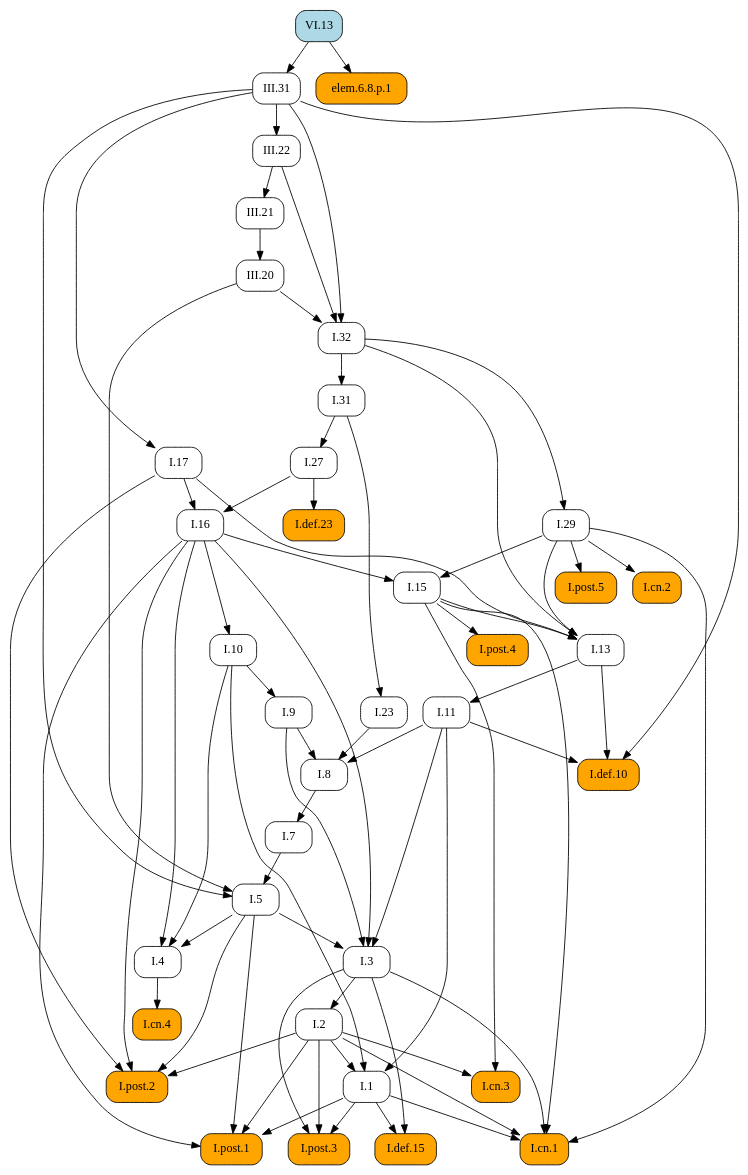
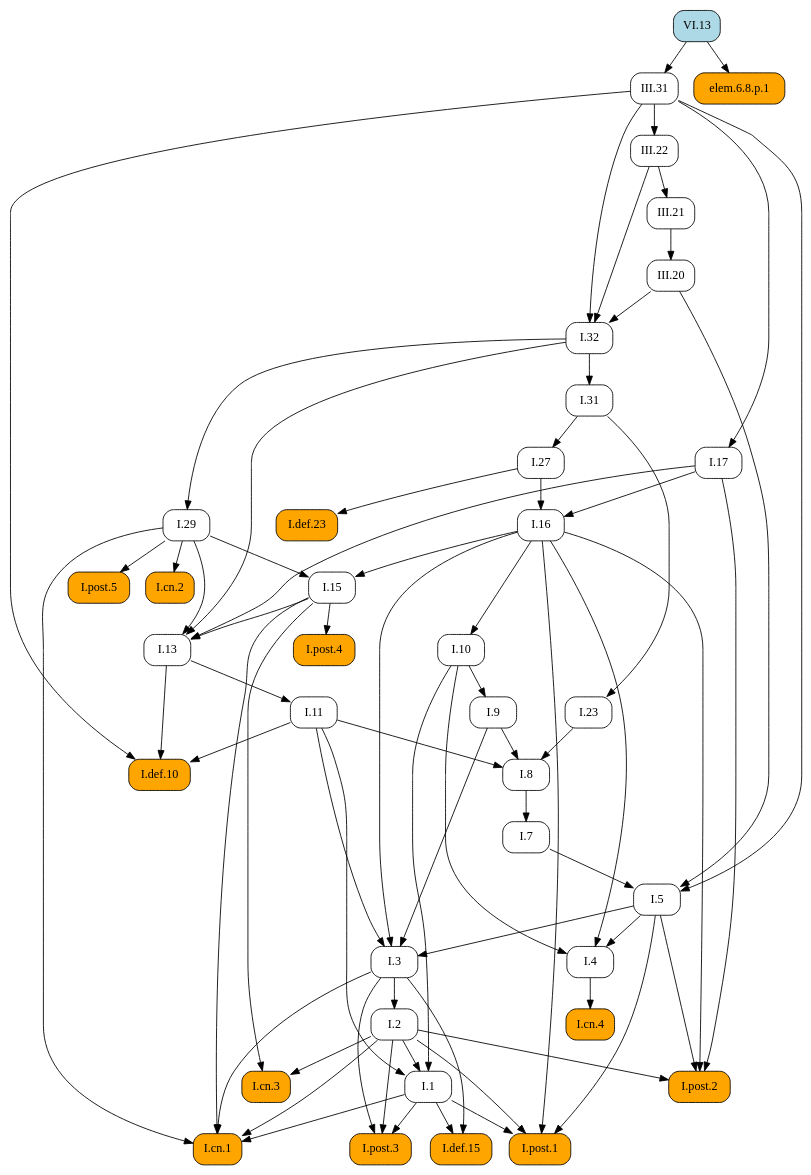
One commit to geometor/elements changed the diagram in docsrc/elements2/VI/13/index.rst. Above: the diagram before and after it, drawn with Graphviz. The commit also changed other lines of this file and 171 other files, not shown here.

```diff
--- a/docsrc/elements2/VI/13/index.rst
+++ b/docsrc/elements2/VI/13/index.rst
@@ -38,111 +38,111 @@
    digraph {
      rankdir="TB";
      node [shape=box, style=rounded];
+     "I.8" [URL="/elements2/I/8/", target="_top"];
+     "I.32" [URL="/elements2/I/32/", target="_top"];
+     "I.post.1" [style="rounded,filled", fillcolor=orange, URL="/elements2/I/post.1/", target="_top"];
+     "VI.13" [style="rounded,filled", fillcolor=lightblue, URL="/elements2/VI/13/", target="_top"];
+     "I.5" [URL="/elements2/I/5/", target="_top"];
+     "I.post.5" [style="rounded,filled", fillcolor=orange, URL="/elements2/I/post.5/", target="_top"];
      "I.def.10" [style="rounded,filled", fillcolor=orange, URL="/elements2/I/def.10/", target="_top"];
+     "I.cn.2" [style="rounded,filled", fillcolor=orange, URL="/elements2/I/cn.2/", target="_top"];
      "III.22" [URL="/elements2/III/22/", target="_top"];
-     "I.32" [URL="/elements2/I/32/", target="_top"];
+     "I.def.15" [style="rounded,filled", fillcolor=orange, URL="/elements2/I/def.15/", target="_top"];
      "III.31" [URL="/elements2/III/31/", target="_top"];
-     "I.def.15" [style="rounded,filled", fillcolor=orange, URL="/elements2/I/def.15/", target="_top"];
+     "I.31" [URL="/elements2/I/31/", target="_top"];
+     "I.11" [URL="/elements2/I/11/", target="_top"];
+     "I.post.2" [style="rounded,filled", fillcolor=orange, URL="/elements2/I/post.2/", target="_top"];
+     "I.3" [URL="/elements2/I/3/", target="_top"];
+     "I.def.23" [style="rounded,filled", fillcolor=orange, URL="/elements2/I/def.23/", target="_top"];
+     "elem.6.8.p.1" [style="rounded,filled", fillcolor=orange];
+     "I.1" [URL="/elements2/I/1/", target="_top"];
      "I.cn.4" [style="rounded,filled", fillcolor=orange, URL="/elements2/I/cn.4/", target="_top"];
+     "I.cn.3" [style="rounded,filled", fillcolor=orange, URL="/elements2/I/cn.3/", target="_top"];
+     "III.21" [URL="/elements2/III/21/", target="_top"];
+     "III.20" [URL="/elements2/III/20/", target="_top"];
+     "I.17" [URL="/elements2/I/17/", target="_top"];
+     "I.7" [URL="/elements2/I/7/", target="_top"];
+     "I.9" [URL="/elements2/I/9/", target="_top"];
+     "I.cn.1" [style="rounded,filled", fillcolor=orange, URL="/elements2/I/cn.1/", target="_top"];
+     "I.29" [URL="/elements2/I/29/", target="_top"];
+     "I.16" [URL="/elements2/I/16/", target="_top"];
+     "I.post.4" [style="rounded,filled", fillcolor=orange, URL="/elements2/I/post.4/", target="_top"];
+     "I.13" [URL="/elements2/I/13/", target="_top"];
+     "I.2" [URL="/elements2/I/2/", target="_top"];
+     "I.27" [URL="/elements2/I/27/", target="_top"];
+     "I.4" [URL="/elements2/I/4/", target="_top"];
+     "I.10" [URL="/elements2/I/10/", target="_top"];
+     "I.15" [URL="/elements2/I/15/", target="_top"];
+     "I.23" [URL="/elements2/I/23/", target="_top"];
      "I.post.3" [style="rounded,filled", fillcolor=orange, URL="/elements2/I/post.3/", target="_top"];
-     "VI.13" [style="rounded,filled", fillcolor=lightblue, URL="/elements2/VI/13/", target="_top"];
-     "I.27" [URL="/elements2/I/27/", target="_top"];
-     "I.post.2" [style="rounded,filled", fillcolor=orange, URL="/elements2/I/post.2/", target="_top"];
-     "I.13" [URL="/elements2/I/13/", target="_top"];
-     "I.10" [URL="/elements2/I/10/", target="_top"];
-     "I.post.1" [style="rounded,filled", fillcolor=orange, URL="/elements2/I/post.1/", target="_top"];
-     "I.7" [URL="/elements2/I/7/", target="_top"];
-     "I.11" [URL="/elements2/I/11/", target="_top"];
-     "I.4" [URL="/elements2/I/4/", target="_top"];
-     "I.16" [URL="/elements2/I/16/", target="_top"];
-     "I.def.23" [style="rounded,filled", fillcolor=orange, URL="/elements2/I/def.23/", target="_top"];
-     "I.9" [URL="/elements2/I/9/", target="_top"];
-     "I.2" [URL="/elements2/I/2/", target="_top"];
-     "I.cn.2" [style="rounded,filled", fillcolor=orange, URL="/elements2/I/cn.2/", target="_top"];
-     "I.15" [URL="/elements2/I/15/", target="_top"];
-     "I.post.5" [style="rounded,filled", fillcolor=orange, URL="/elements2/I/post.5/", target="_top"];
-     "III.21" [URL="/elements2/III/21/", target="_top"];
-     "I.23" [URL="/elements2/I/23/", target="_top"];
-     "III.20" [URL="/elements2/III/20/", target="_top"];
-     "I.8" [URL="/elements2/I/8/", target="_top"];
-     "I.1" [URL="/elements2/I/1/", target="_top"];
-     "elem.6.8.p.1" [style="rounded,filled", fillcolor=orange];
-     "I.31" [URL="/elements2/I/31/", target="_top"];
-     "I.post.4" [style="rounded,filled", fillcolor=orange, URL="/elements2/I/post.4/", target="_top"];
-     "I.cn.1" [style="rounded,filled", fillcolor=orange, URL="/elements2/I/cn.1/", target="_top"];
-     "I.3" [URL="/elements2/I/3/", target="_top"];
-     "I.cn.3" [style="rounded,filled", fillcolor=orange, URL="/elements2/I/cn.3/", target="_top"];
-     "I.17" [URL="/elements2/I/17/", target="_top"];
-     "I.29" [URL="/elements2/I/29/", target="_top"];
-     "I.5" [URL="/elements2/I/5/", target="_top"];
+     "I.9" -> "I.8";
+     "I.11" -> "I.8";
+     "I.23" -> "I.8";
+     "III.20" -> "I.32";
+     "III.22" -> "I.32";
+     "III.31" -> "I.32";
+     "I.1" -> "I.post.1";
+     "I.2" -> "I.post.1";
+     "I.5" -> "I.post.1";
+     "I.16" -> "I.post.1";
+     "I.7" -> "I.5";
+     "III.20" -> "I.5";
+     "III.31" -> "I.5";
+     "I.29" -> "I.post.5";
      "I.11" -> "I.def.10";
      "I.13" -> "I.def.10";
      "III.31" -> "I.def.10";
+     "I.29" -> "I.cn.2";
      "III.31" -> "III.22";
-     "III.20" -> "I.32";
-     "III.22" -> "I.32";
-     "III.31" -> "I.32";
-     "VI.13" -> "III.31";
      "I.1" -> "I.def.15";
      "I.3" -> "I.def.15";
-     "I.4" -> "I.cn.4";
-     "I.1" -> "I.post.3";
-     "I.2" -> "I.post.3";
-     "I.3" -> "I.post.3";
-     "I.31" -> "I.27";
+     "VI.13" -> "III.31";
+     "I.32" -> "I.31";
+     "I.13" -> "I.11";
      "I.2" -> "I.post.2";
      "I.5" -> "I.post.2";
      "I.16" -> "I.post.2";
      "I.17" -> "I.post.2";
-     "I.15" -> "I.13";
-     "I.17" -> "I.13";
-     "I.29" -> "I.13";
-     "I.32" -> "I.13";
-     "I.16" -> "I.10";
-     "I.1" -> "I.post.1";
-     "I.2" -> "I.post.1";
-     "I.5" -> "I.post.1";
-     "I.16" -> "I.post.1";
-     "I.8" -> "I.7";
-     "I.13" -> "I.11";
-     "I.5" -> "I.4";
-     "I.10" -> "I.4";
-     "I.16" -> "I.4";
-     "I.17" -> "I.16";
-     "I.27" -> "I.16";
+     "I.5" -> "I.3";
+     "I.9" -> "I.3";
+     "I.11" -> "I.3";
+     "I.16" -> "I.3";
      "I.27" -> "I.def.23";
-     "I.10" -> "I.9";
-     "I.3" -> "I.2";
-     "I.29" -> "I.cn.2";
-     "I.16" -> "I.15";
-     "I.29" -> "I.15";
-     "I.29" -> "I.post.5";
-     "III.22" -> "III.21";
-     "I.31" -> "I.23";
-     "III.21" -> "III.20";
-     "I.9" -> "I.8";
-     "I.11" -> "I.8";
-     "I.23" -> "I.8";
+     "VI.13" -> "elem.6.8.p.1";
      "I.2" -> "I.1";
      "I.10" -> "I.1";
      "I.11" -> "I.1";
-     "VI.13" -> "elem.6.8.p.1";
-     "I.32" -> "I.31";
-     "I.15" -> "I.post.4";
+     "I.4" -> "I.cn.4";
+     "I.2" -> "I.cn.3";
+     "I.15" -> "I.cn.3";
+     "III.22" -> "III.21";
+     "III.21" -> "III.20";
+     "III.31" -> "I.17";
+     "I.8" -> "I.7";
+     "I.10" -> "I.9";
      "I.1" -> "I.cn.1";
      "I.2" -> "I.cn.1";
      "I.3" -> "I.cn.1";
      "I.15" -> "I.cn.1";
      "I.29" -> "I.cn.1";
-     "I.5" -> "I.3";
-     "I.9" -> "I.3";
-     "I.11" -> "I.3";
-     "I.16" -> "I.3";
-     "I.2" -> "I.cn.3";
-     "I.15" -> "I.cn.3";
-     "III.31" -> "I.17";
      "I.32" -> "I.29";
-     "I.7" -> "I.5";
-     "III.20" -> "I.5";
-     "III.31" -> "I.5";
+     "I.17" -> "I.16";
+     "I.27" -> "I.16";
+     "I.15" -> "I.post.4";
+     "I.15" -> "I.13";
+     "I.17" -> "I.13";
+     "I.29" -> "I.13";
+     "I.32" -> "I.13";
+     "I.3" -> "I.2";
+     "I.31" -> "I.27";
+     "I.5" -> "I.4";
+     "I.10" -> "I.4";
+     "I.16" -> "I.4";
+     "I.16" -> "I.10";
+     "I.16" -> "I.15";
+     "I.29" -> "I.15";
+     "I.31" -> "I.23";
+     "I.1" -> "I.post.3";
+     "I.2" -> "I.post.3";
+     "I.3" -> "I.post.3";
    }
```
